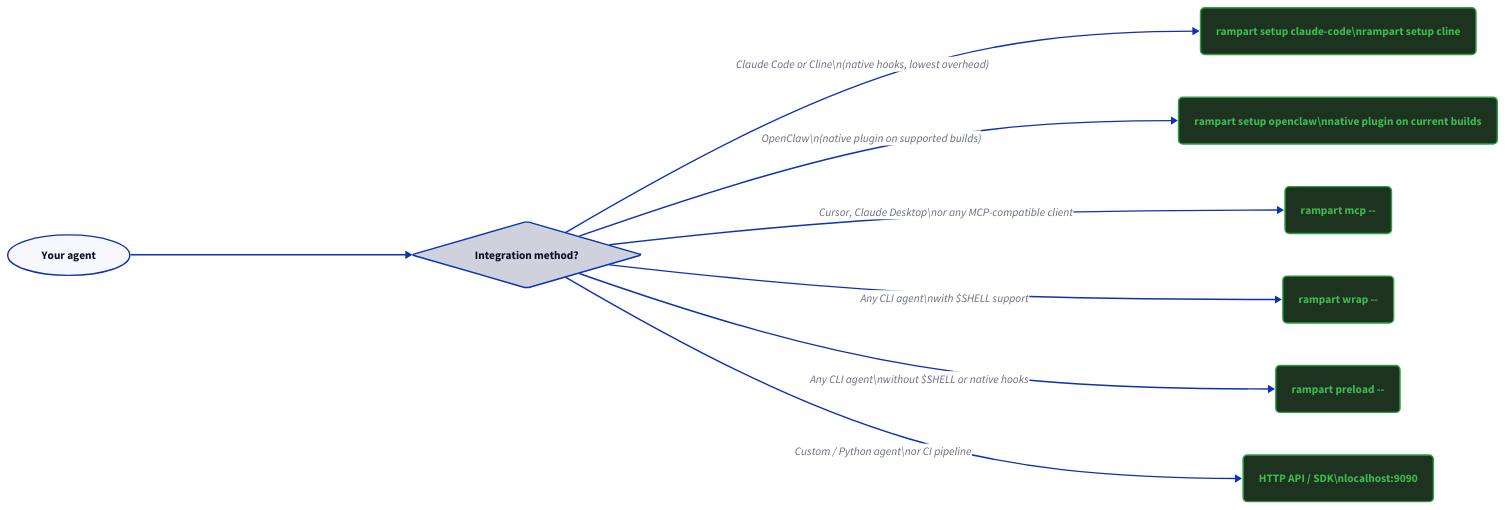
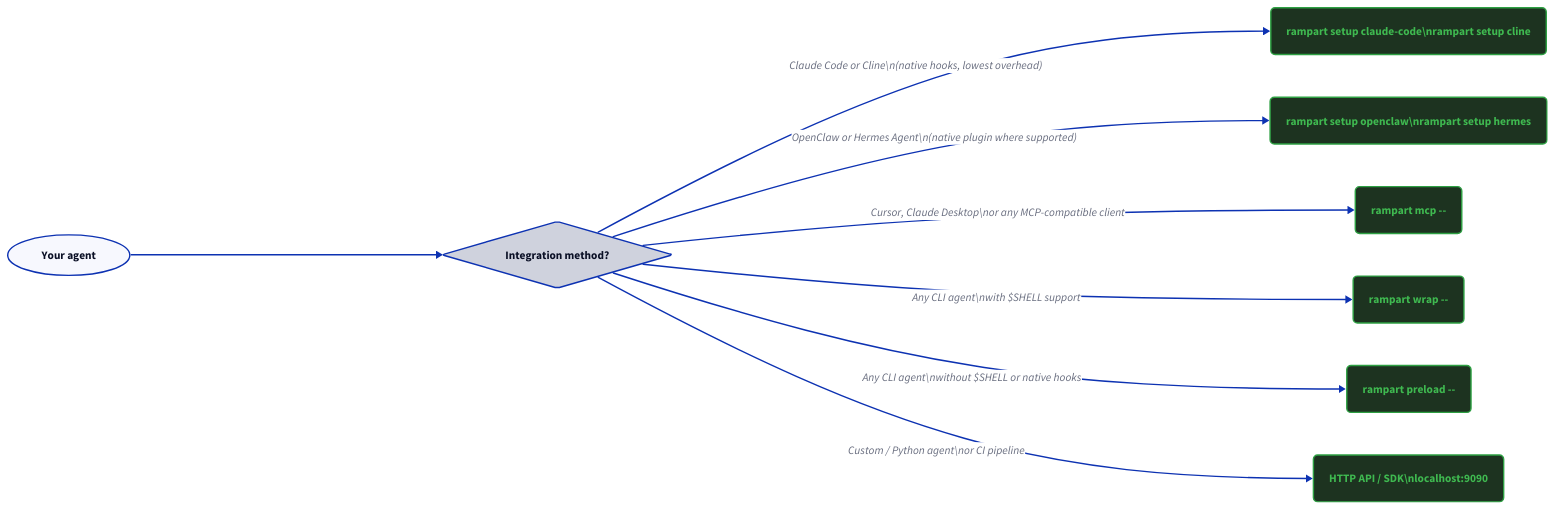
One commit to peg/rampart changed the diagram in docs-site/integrations/index.md. Above: the diagram before and after it, drawn with D2. The commit also changed other lines of this file and 12 other files, not shown here.

````diff
--- a/docs-site/integrations/index.md
+++ b/docs-site/integrations/index.md
@@ -54,35 +56,35 @@
 ```d2
 direction: right
 
 start: "Your agent" {shape: oval}
 
 q: "Integration method?" {shape: diamond}
 
 hooks: "rampart setup claude-code\\nrampart setup cline" {
   style.fill: "#1d3320"; style.stroke: "#2ea043"; style.font-color: "#3fb950"; style.border-radius: 6
 }
-shim: "rampart setup openclaw\\nnative plugin on current builds" {
+shim: "rampart setup openclaw\\nrampart setup hermes" {
   style.fill: "#1d3320"; style.stroke: "#2ea043"; style.font-color: "#3fb950"; style.border-radius: 6
 }
 mcp: "rampart mcp --" {
   style.fill: "#1d3320"; style.stroke: "#2ea043"; style.font-color: "#3fb950"; style.border-radius: 6
 }
 wrap: "rampart wrap --" {
   style.fill: "#1d3320"; style.stroke: "#2ea043"; style.font-color: "#3fb950"; style.border-radius: 6
 }
 preload: "rampart preload --" {
   style.fill: "#1d3320"; style.stroke: "#2ea043"; style.font-color: "#3fb950"; style.border-radius: 6
 }
 api: "HTTP API / SDK\\nlocalhost:9090" {
   style.fill: "#1d3320"; style.stroke: "#2ea043"; style.font-color: "#3fb950"; style.border-radius: 6
 }
 
 start -> q
 
 q -> hooks: "Claude Code or Cline\\n(native hooks, lowest overhead)"
-q -> shim: "OpenClaw\\n(native plugin on supported builds)"
+q -> shim: "OpenClaw or Hermes Agent\\n(native plugin where supported)"
 q -> mcp: "Cursor, Claude Desktop\\nor any MCP-compatible client"
 q -> wrap: "Any CLI agent\\nwith \$SHELL support"
 q -> preload: "Any CLI agent\\nwithout \$SHELL or native hooks"
 q -> api: "Custom / Python agent\\nor CI pipeline"
 ```
````
